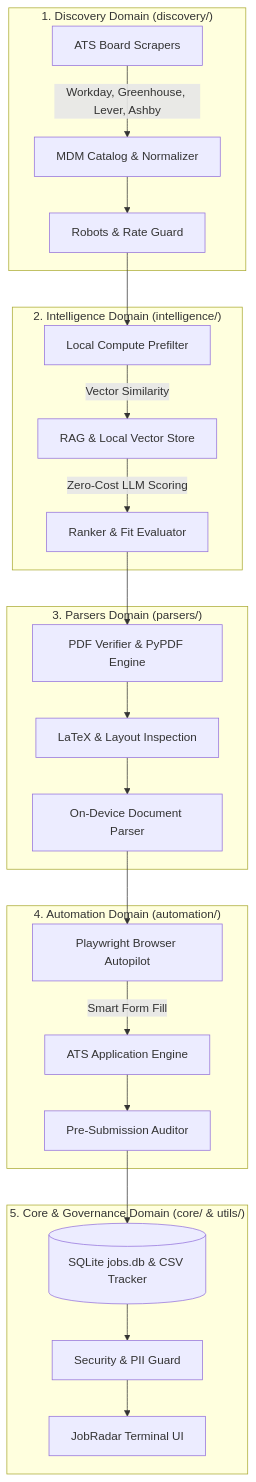
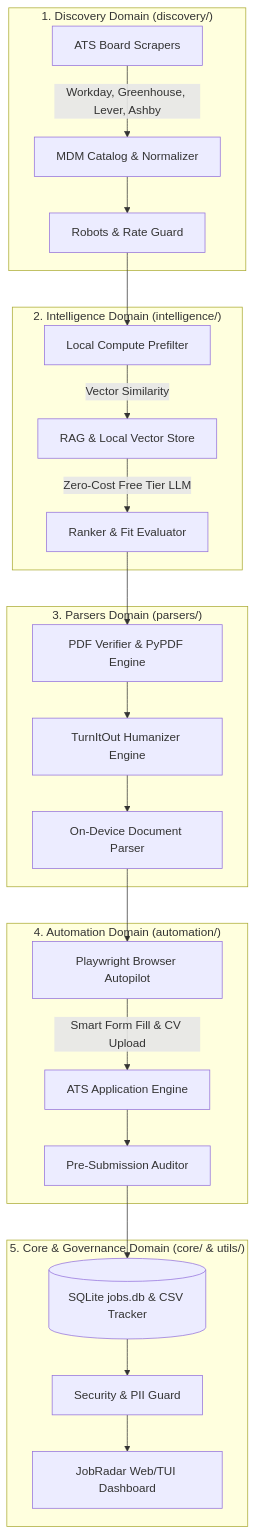
Before and after one commit to ankitsingh99/CareerPilot-AI: the diagram in README.md, drawn with Mermaid. The commit also changed other lines of this file and 13 other files, not shown here.

````diff
--- a/README.md
+++ b/README.md
@@ -38,31 +43,31 @@
 ```mermaid
 flowchart TD
     subgraph Discovery ["1. Discovery Domain (discovery/)"]
         A[ATS Board Scrapers] -->|Workday, Greenhouse, Lever, Ashby| B[MDM Catalog & Normalizer]
         B --> C[Robots & Rate Guard]
     end
 
     subgraph Intelligence ["2. Intelligence Domain (intelligence/)"]
         C --> D[Local Compute Prefilter]
         D -->|Vector Similarity| E[RAG & Local Vector Store]
-        E -->|Zero-Cost LLM Scoring| F[Ranker & Fit Evaluator]
+        E -->|Zero-Cost Free Tier LLM| F[Ranker & Fit Evaluator]
     end
 
     subgraph Parsers ["3. Parsers Domain (parsers/)"]
         F --> G[PDF Verifier & PyPDF Engine]
-        G --> H[LaTeX & Layout Inspection]
+        G --> H[TurnItOut Humanizer Engine]
         H --> I[On-Device Document Parser]
     end
 
     subgraph Automation ["4. Automation Domain (automation/)"]
         I --> J[Playwright Browser Autopilot]
-        J -->|Smart Form Fill| K[ATS Application Engine]
+        J -->|Smart Form Fill & CV Upload| K[ATS Application Engine]
         K --> L[Pre-Submission Auditor]
     end
 
     subgraph Core ["5. Core & Governance Domain (core/ & utils/)"]
         L --> M[(SQLite jobs.db & CSV Tracker)]
         M --> N[Security & PII Guard]
-        N --> O[JobRadar Terminal UI]
+        N --> O[JobRadar Web/TUI Dashboard]
     end
 ```
````
